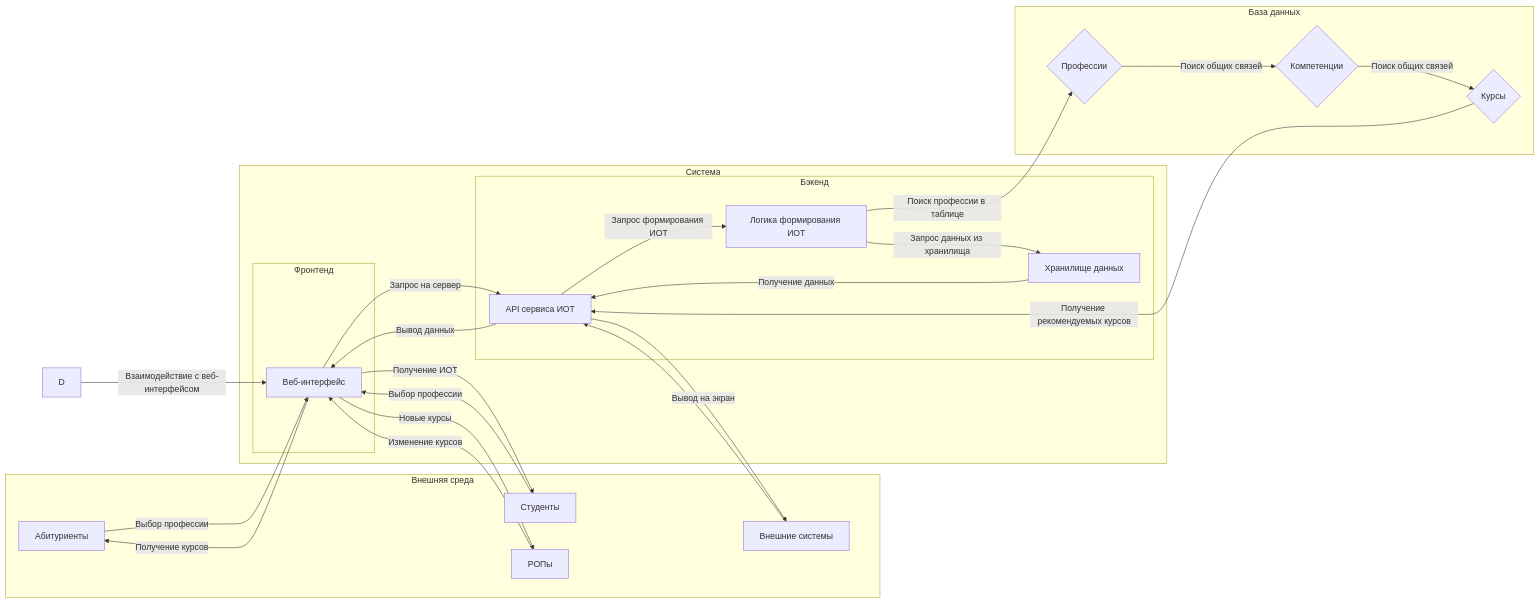
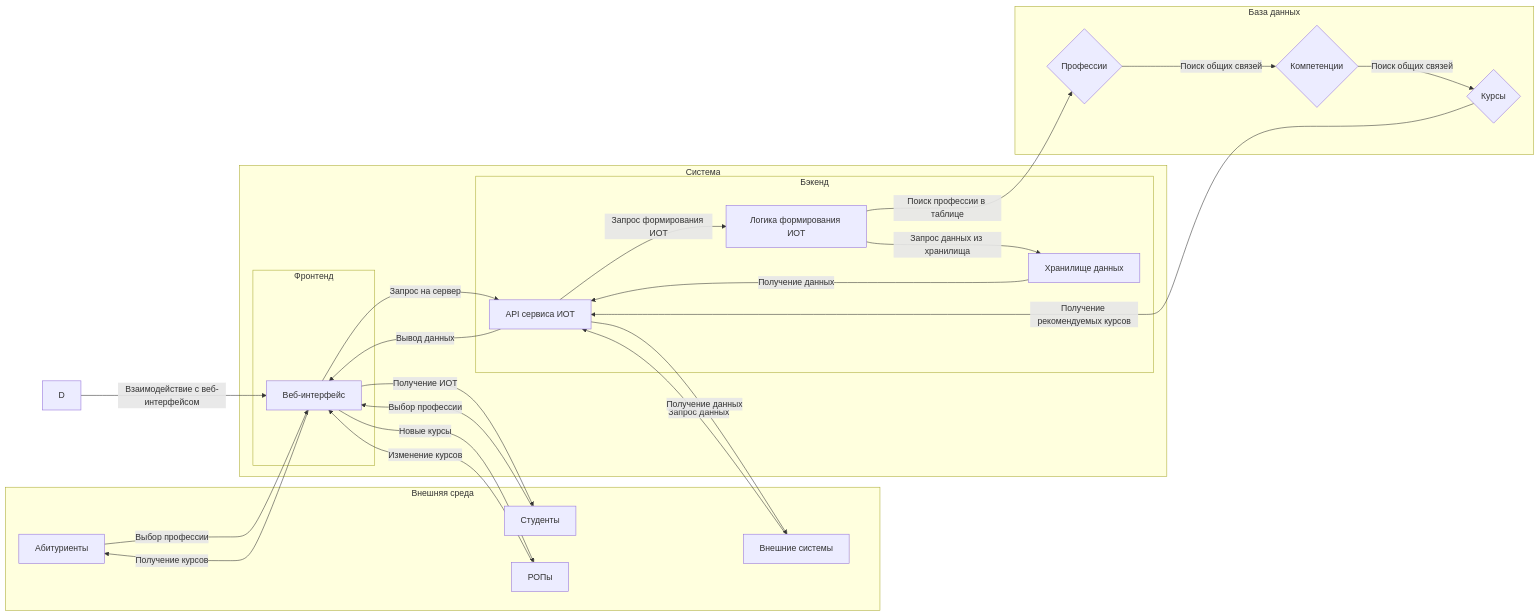
Before and after one commit to sardelkaaa/Individual-Education-Trajectory: the diagram in README.md, drawn with Mermaid.

Commit message:
README.md

````diff
--- a/README.md
+++ b/README.md
@@ -3,48 +3,48 @@
 ```mermaid
 graph LR
     subgraph Внешняя среда
         A[Абитуриенты]
         B[Студенты]
         C[РОПы]
         E[Внешние системы]
     end
 
     subgraph Система
         subgraph Фронтенд
             Z1[Веб-интерфейс]
         end
         subgraph Бэкенд
             Z2[API сервиса ИОТ]
             Z3[Логика формирования ИОТ]
             Z4[Хранилище данных]
         end
     end
 
     subgraph База данных
         F{Курсы}
         G{Компетенции}
         H{Профессии}
     end
 
     A --Выбор профессии--> Z1
     B --Выбор профессии--> Z1
     C --Изменение курсов--> Z1
     D --Взаимодействие с веб-интерфейсом--> Z1
     Z1 --Получение курсов--> A
     Z1 --Получение ИОТ--> B
     Z1 --Новые курсы--> C
-    E --> Z2
+    E --Запрос данных--> Z2
 
     Z1 --Запрос на сервер--> Z2
     Z2 --Запрос формирования ИОТ--> Z3
     Z3 --Запрос данных из хранилища--> Z4
     Z4 --Получение данных--> Z2
     Z2 --Вывод данных--> Z1
 
     Z3 --Поиск профессии в таблице--> H
     H --Поиск общих связей--> G
     G --Поиск общих связей--> F
     F --Получение рекомендуемых курсов--> Z2
 
-    Z2 --Вывод на экран--> E
+    Z2 --Получение данных--> E
 ```
````
